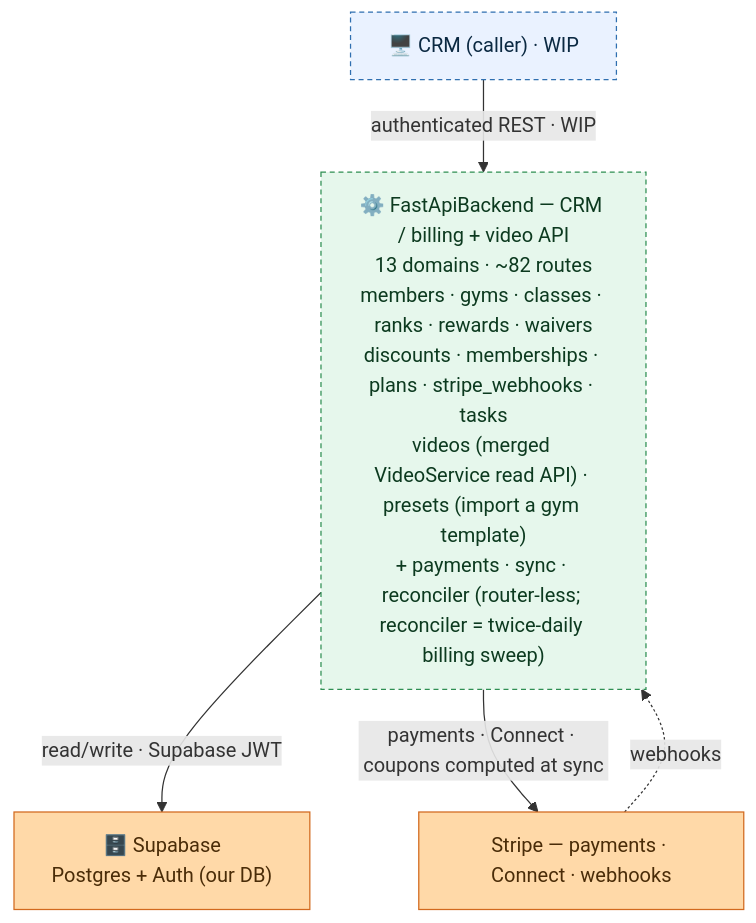
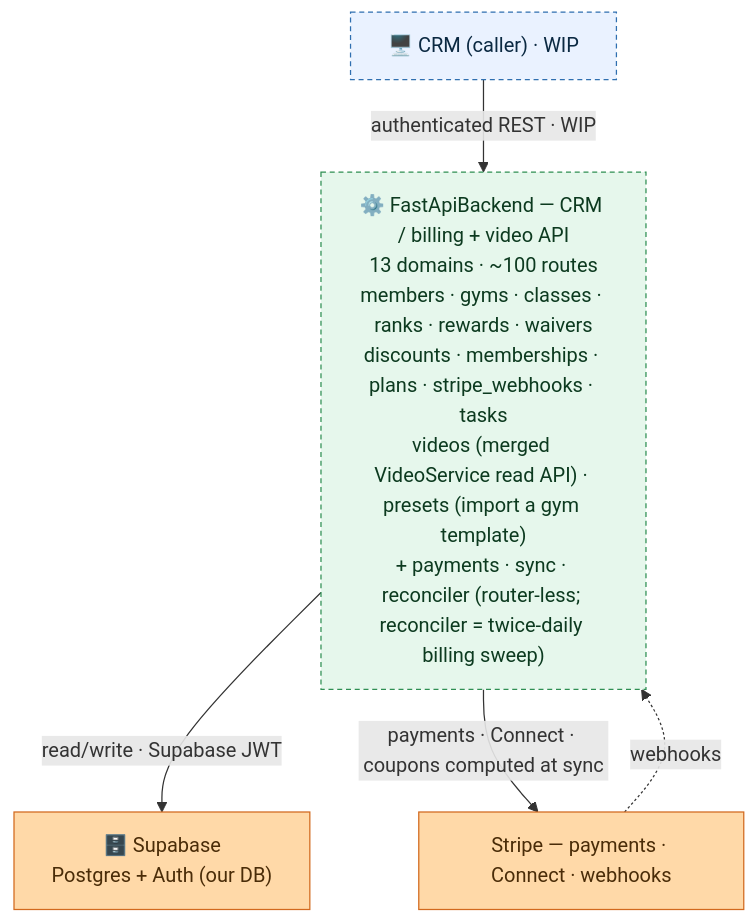
One commit to jesse51002/CombatDen changed the diagram in FastApiBackend/README.md. Above: the diagram before and after it, drawn with Mermaid. The commit also changed other lines of this file and 155 other files, not shown here.

````diff
--- a/FastApiBackend/README.md
+++ b/FastApiBackend/README.md
@@ -16,19 +16,19 @@
 ```mermaid
 flowchart TB
   CRM["🖥️ CRM (caller) · WIP"]
-  FB["⚙️ FastApiBackend — CRM / billing + video API<br/>13 domains · ~82 routes<br/>members · gyms · classes · ranks · rewards · waivers<br/>discounts · memberships · plans · stripe_webhooks · tasks<br/>videos (merged VideoService read API) · presets (import a gym template)<br/>+ payments · sync · reconciler (router-less; reconciler = twice-daily billing sweep)"]
+  FB["⚙️ FastApiBackend — CRM / billing + video API<br/>13 domains · ~100 routes<br/>members · gyms · classes · ranks · rewards · waivers<br/>discounts · memberships · plans · stripe_webhooks · tasks<br/>videos (merged VideoService read API) · presets (import a gym template)<br/>+ payments · sync · reconciler (router-less; reconciler = twice-daily billing sweep)"]
   Supabase["🗄️ Supabase<br/>Postgres + Auth (our DB)"]
   Stripe["Stripe — payments · Connect · webhooks"]
   CRM -->|"authenticated REST · WIP"| FB
   FB -->|"read/write · Supabase JWT"| Supabase
   FB -->|"payments · Connect · coupons computed at sync"| Stripe
   Stripe -.->|"webhooks"| FB
   classDef client fill:#eaf2ff,stroke:#2f6fb0,color:#0b2942;
   classDef svc fill:#e6f7ec,stroke:#2f8f53,color:#0c3a1f;
   classDef ext fill:#ffd9a8,stroke:#d2691e,color:#4a2c08;
   class CRM client;
   class FB svc;
   class Supabase,Stripe ext;
   style CRM stroke-dasharray:4 3;
   style FB stroke-dasharray:4 3;
 ```
````
